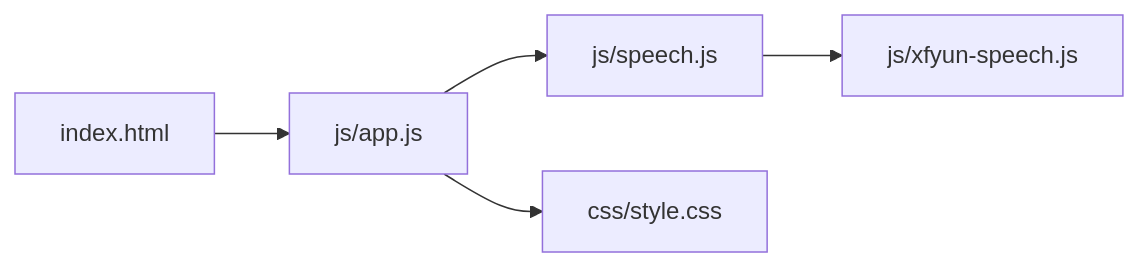
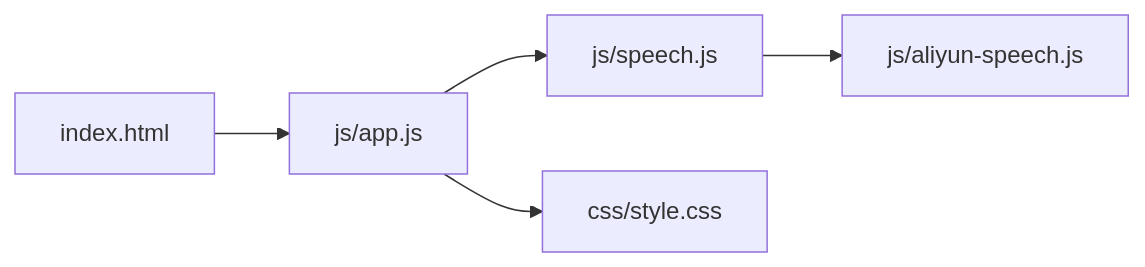
One commit to db300/MySpeechRecognition changed the tenth of 10 diagrams in .qoder/repowiki/zh/content/语音识别模块详解/多后端管理机制.md. Above: the diagram before and after it, drawn with Mermaid. The commit also changed other lines of this file and 10 other files, not shown here.

````diff
--- a/.qoder/repowiki/zh/content/语音识别模块详解/多后端管理机制.md
+++ b/.qoder/repowiki/zh/content/语音识别模块详解/多后端管理机制.md
@@ -318,7 +390,7 @@
 ```mermaid
 graph LR
 HTML["index.html"] --> APP["js/app.js"]
 APP --> SPEECH["js/speech.js"]
-SPEECH --> XFYUN["js/xfyun-speech.js"]
+SPEECH --> ALIYUN["js/aliyun-speech.js"]
 APP --> CSS["css/style.css"]
 ```
````
